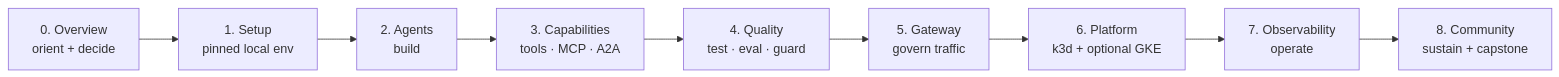
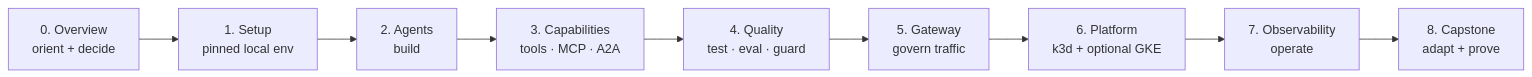
The second of 2 diagrams in docs/index.md (LuiGGi629/agentops-open-course), drawn with Mermaid before and after one commit. The commit also changed other lines of this file and 121 other files, not shown here.

````diff
--- a/docs/index.md
+++ b/docs/index.md
@@ -87,11 +61,11 @@
 ```mermaid
 flowchart LR
     O["0. Overview<br/>orient + decide"] --> S["1. Setup<br/>pinned local env"]
     S --> A["2. Agents<br/>build"]
     A --> C["3. Capabilities<br/>tools · MCP · A2A"]
     C --> Q["4. Quality<br/>test · eval · guard"]
     Q --> G["5. Gateway<br/>govern traffic"]
     G --> P["6. Platform<br/>k3d + optional GKE"]
     P --> Ob["7. Observability<br/>operate"]
-    Ob --> Cm["8. Community<br/>sustain + capstone"]
+    Ob --> Cm["8. Capstone<br/>adapt + prove"]
 ```
````
